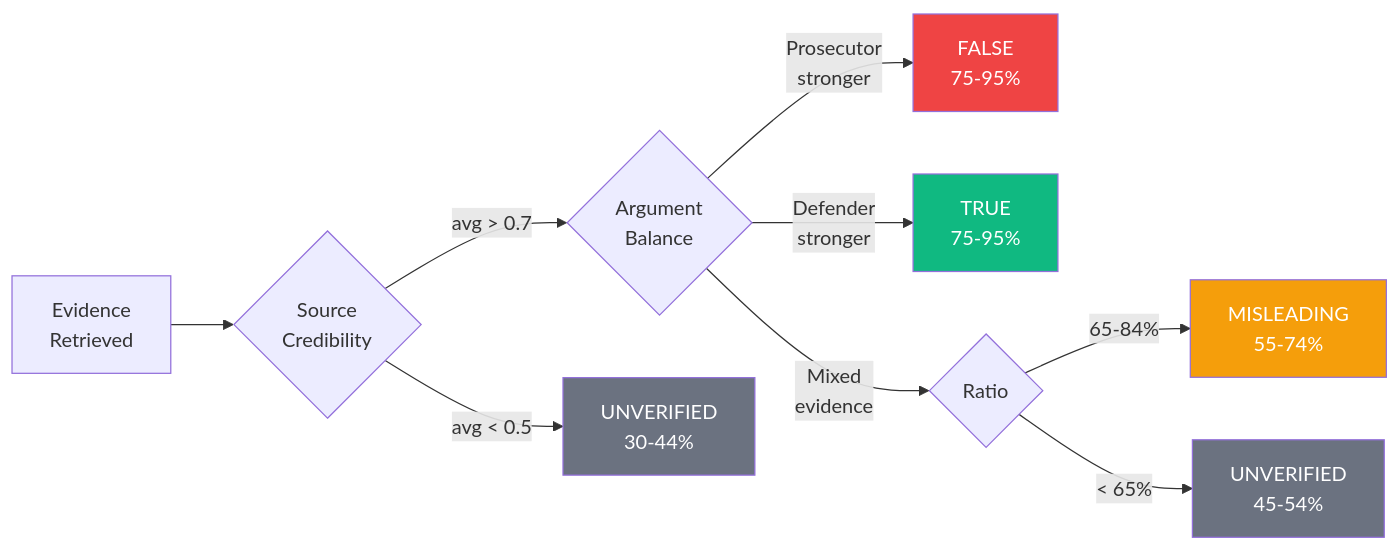
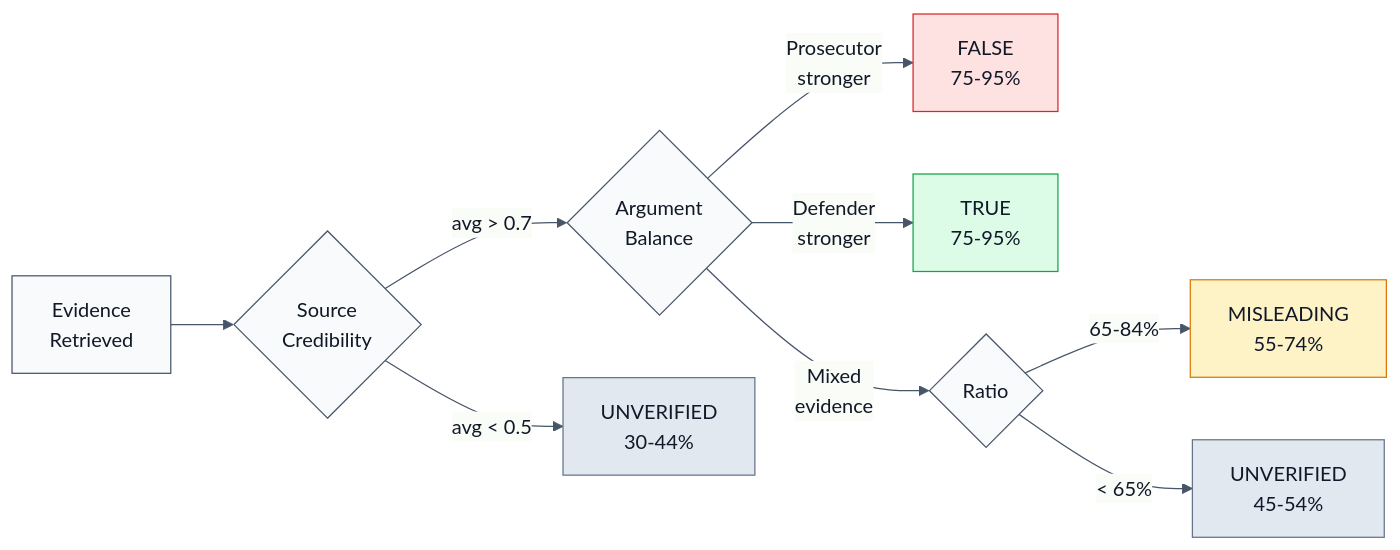
One commit to Sandarsh18/VeritasAI changed the fourth of 7 diagrams in README.md. Above: the diagram before and after it, drawn with Mermaid. The commit also changed other lines of this file, not shown here.

Commit message:
📝 Improve README mermaid readability and structure

````diff
--- a/README.md
+++ b/README.md
@@ -176,19 +177,20 @@
 ```mermaid
+%%{init: {'theme': 'base', 'themeVariables': { 'primaryColor': '#F8FAFC', 'primaryTextColor': '#111827', 'primaryBorderColor': '#475569', 'lineColor': '#475569', 'fontFamily': 'Arial' }}}%%
 flowchart LR
     A[Evidence\nRetrieved] --> B{Source\nCredibility}
     B -->|avg > 0.7| C{Argument\nBalance}
     B -->|avg < 0.5| D[UNVERIFIED\n30-44%]
     
     C -->|Prosecutor\nstronger| E[FALSE\n75-95%]
     C -->|Defender\nstronger| F[TRUE\n75-95%]
     C -->|Mixed\nevidence| G{Ratio}
     
     G -->|65-84%| H[MISLEADING\n55-74%]
     G -->|< 65%| I[UNVERIFIED\n45-54%]
 
-    style E fill:#ef4444,color:#fff
-    style F fill:#10b981,color:#fff
-    style H fill:#f59e0b,color:#fff
-    style D fill:#6b7280,color:#fff
-    style I fill:#6b7280,color:#fff
+    style E fill:#FEE2E2,color:#111827,stroke:#DC2626
+    style F fill:#DCFCE7,color:#111827,stroke:#16A34A
+    style H fill:#FEF3C7,color:#111827,stroke:#D97706
+    style D fill:#E2E8F0,color:#111827,stroke:#64748B
+    style I fill:#E2E8F0,color:#111827,stroke:#64748B
 ```
````
